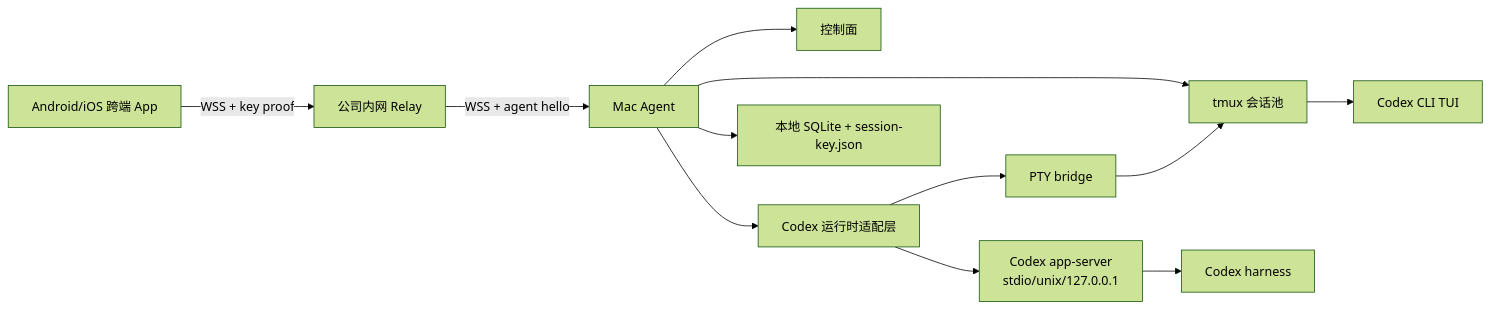
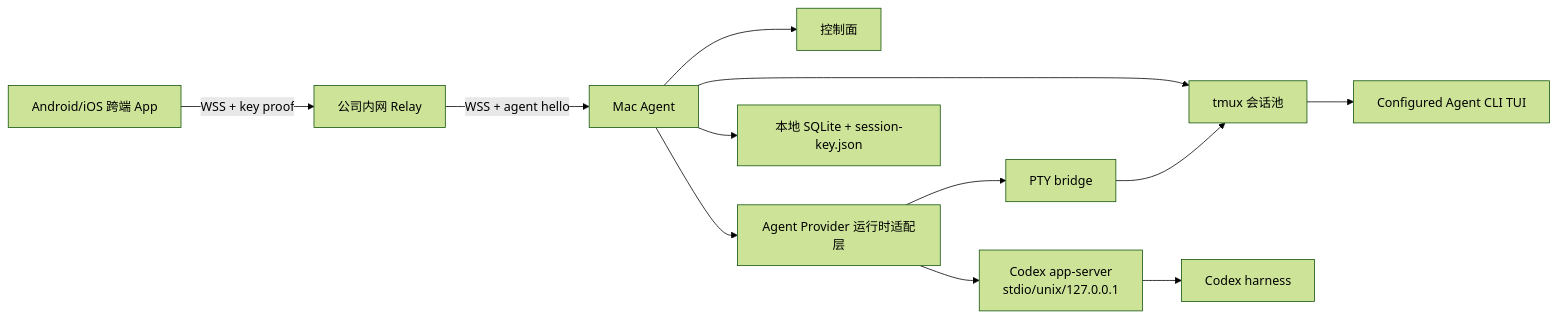
The first of 2 diagrams in docs/mobile-codex-tui-technical-solution.md (zhangbozhb/OmniWork), drawn with Mermaid (forest theme) before and after one commit. The commit also changed other lines of this file and 15 other files, not shown here.

````diff
--- a/docs/mobile-codex-tui-technical-solution.md
+++ b/docs/mobile-codex-tui-technical-solution.md
@@ -160,17 +167,17 @@
 ```mermaid
 flowchart LR
   Phone["Android/iOS 跨端 App"] -->|WSS + key proof| Relay["公司内网 Relay"]
   Relay -->|WSS + agent hello| Agent["Mac Agent"]
 
   Agent --> Control["控制面"]
-  Agent --> Runtime["Codex 运行时适配层"]
+  Agent --> Runtime["Agent Provider 运行时适配层"]
   Agent --> Tmux["tmux 会话池"]
   Agent --> Store["本地 SQLite + session-key.json"]
 
   Runtime --> AppServer["Codex app-server<br/>stdio/unix/127.0.0.1"]
   Runtime --> PTY["PTY bridge"]
   PTY --> Tmux
-  Tmux --> CodexTUI["Codex CLI TUI"]
+  Tmux --> ProviderTUI["Configured Agent CLI TUI"]
 
   AppServer --> CodexHarness["Codex harness"]
 ```
````
